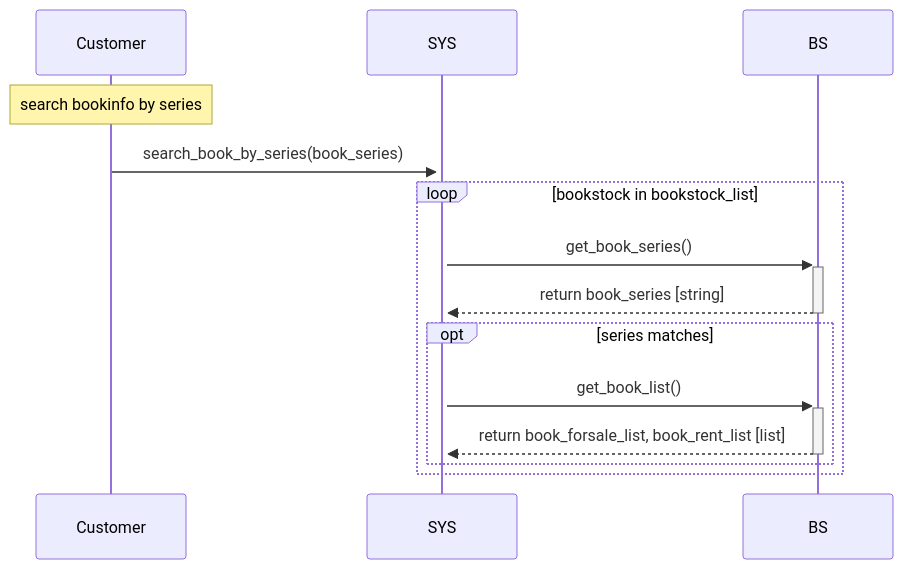
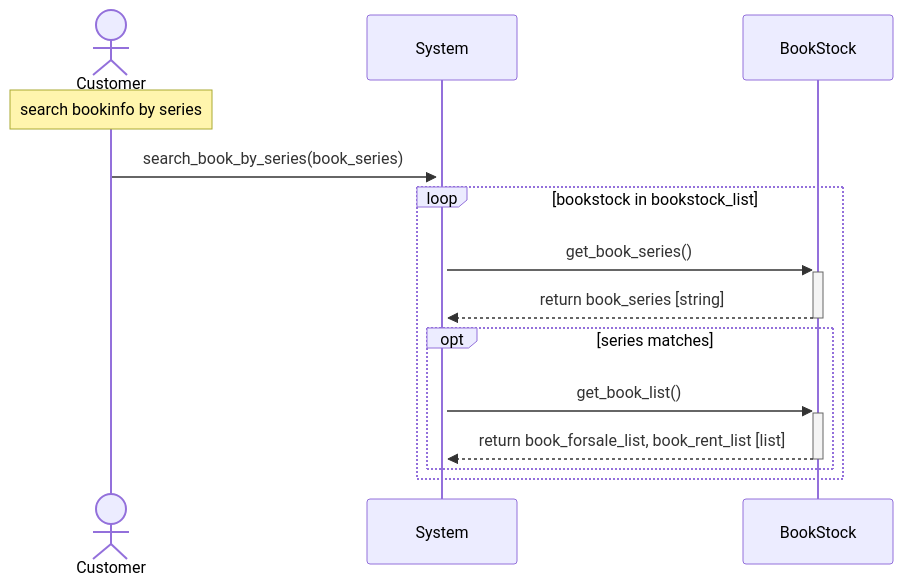
Before and after one commit to NadtaphumBadkhunthod/OOP: the diagram in mermaid/seq_search_book.mmd, drawn with Mermaid. The commit also changed 11 other files, not shown here.

```diff
--- a/mermaid/seq_search_book.mmd
+++ b/mermaid/seq_search_book.mmd
@@ -1,14 +1,17 @@
 sequenceDiagram
     %% Search Book by Series
+	actor Customer
+	participant SYS as System
+	participant BS as BookStock
 
     Note over Customer: search bookinfo by series
     Customer ->>+ SYS: search_book_by_series(book_series)
     loop bookstock in bookstock_list
         SYS ->>+ BS: get_book_series()
         BS -->>- SYS: return book_series [string]
 
         opt series matches
             SYS ->>+ BS: get_book_list()
             BS -->>- SYS: return book_forsale_list, book_rent_list [list]
         end
     end
```
